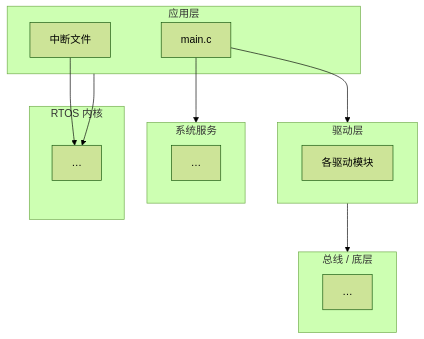
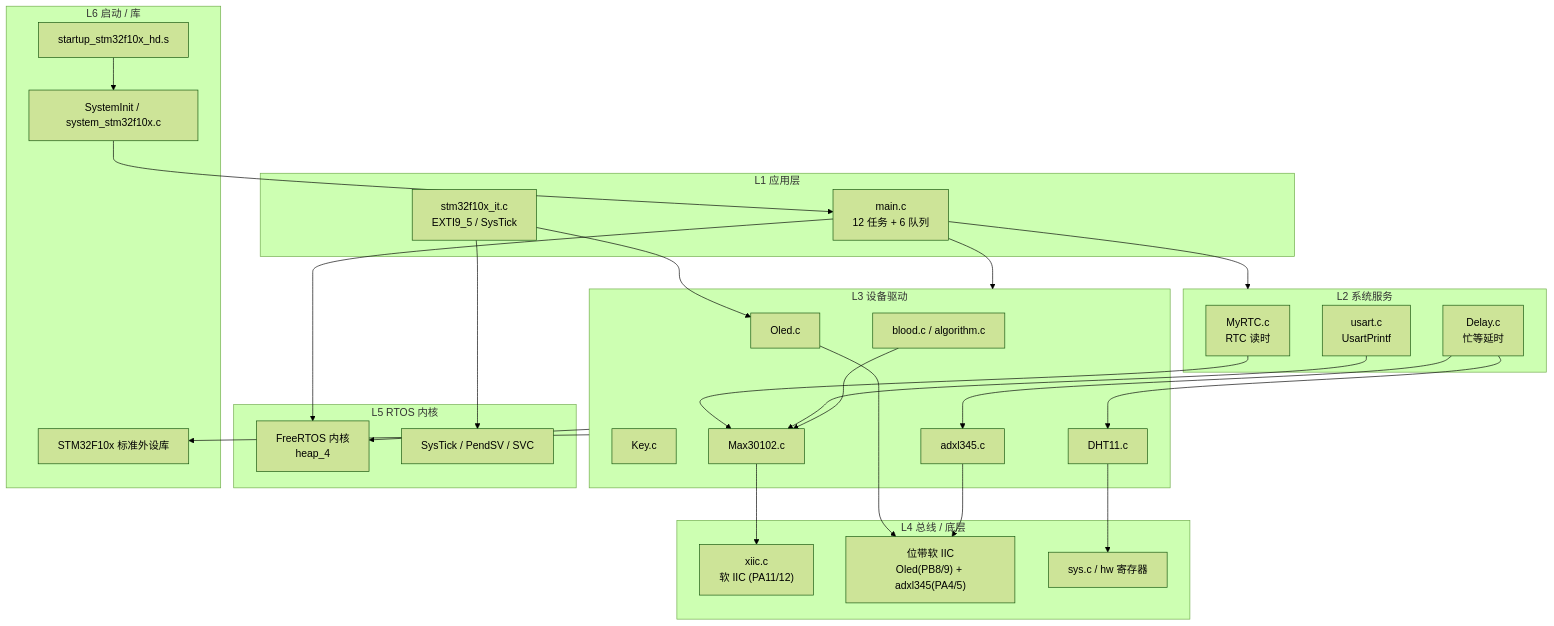
The first of 2 diagrams in Docs/architecture_draft.md (Zbox100/----------), drawn with Mermaid (forest theme) before and after one commit. The commit also changed other lines of this file and 3 other files, not shown here.

````diff
--- a/Docs/architecture_draft.md
+++ b/Docs/architecture_draft.md
@@ -92,24 +184,53 @@
 ```mermaid
 flowchart TB
-    subgraph L1["应用层"]
-        A["main.c"]
-        B["中断文件"]
+    subgraph L1["L1 应用层"]
+        A["main.c<br/>12 任务 + 6 队列"]
+        B["stm32f10x_it.c<br/>EXTI9_5 / SysTick"]
     end
-    subgraph L2["系统服务"]
-        C["…"]
+    subgraph L2["L2 系统服务"]
+        C1["MyRTC.c<br/>RTC 读时"]
+        C2["usart.c<br/>UsartPrintf"]
+        C3["Delay.c<br/>忙等延时"]
     end
-    subgraph L3["驱动层"]
-        D["各驱动模块"]
+    subgraph L3["L3 设备驱动"]
+        D1["Oled.c"]
+        D2["Key.c"]
+        D3["adxl345.c"]
+        D4["DHT11.c"]
+        D5["Max30102.c"]
+        D6["blood.c / algorithm.c"]
     end
-    subgraph L4["总线 / 底层"]
-        E["…"]
+    subgraph L4["L4 总线 / 底层"]
+        E1["xiic.c<br/>软 IIC (PA11/12)"]
+        E2["位带软 IIC<br/>Oled(PB8/9) + adxl345(PA4/5)"]
+        E3["sys.c / hw 寄存器"]
     end
-    subgraph L5["RTOS 内核"]
-        F["…"]
+    subgraph L5["L5 RTOS 内核"]
+        F1["FreeRTOS 内核<br/>heap_4"]
+        F2["SysTick / PendSV / SVC"]
     end
+    subgraph L6["L6 启动 / 库"]
+        G1["startup_stm32f10x_hd.s"]
+        G2["SystemInit / system_stm32f10x.c"]
+        G3["STM32F10x 标准外设库"]
+    end
+
     A --> L2
     A --> L3
-    B --> F
-    L3 --> L4
-    L1 --> F
+    A --> F1
+    B --> F2
+    B --> D1
+    C1 --> D5
+    C2 --> D5
+    C3 --> D3
+    C3 --> D4
+    D1 --> E2
+    D3 --> E2
+    D4 --> E3
+    D5 --> E1
+    D6 --> D5
+    L3 --> G3
+    G1 --> G2
+    G2 --> A
+    L3 --> F1
 ```
````
